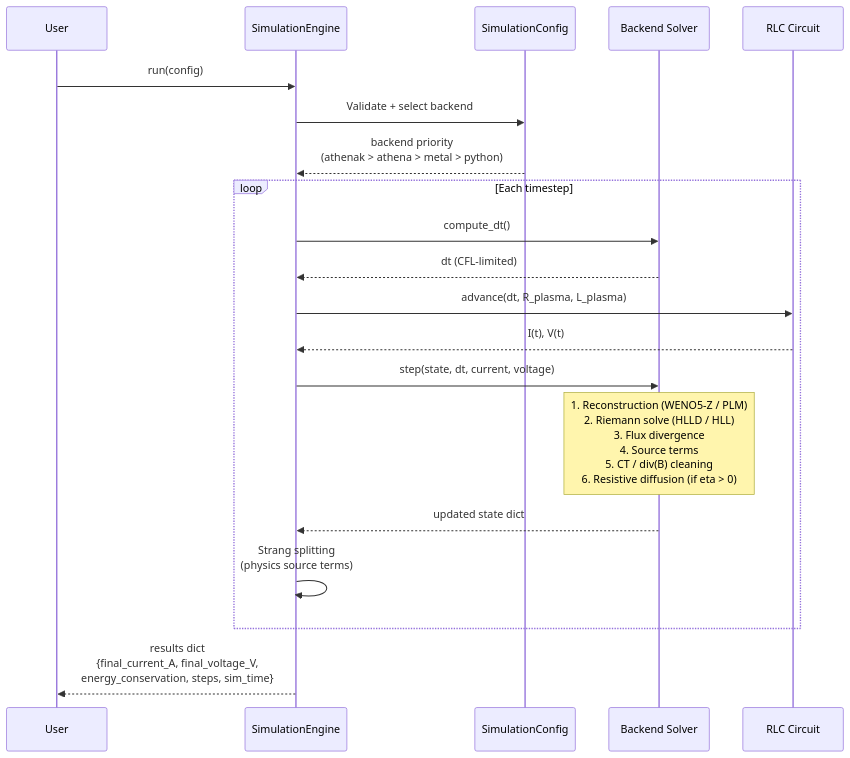
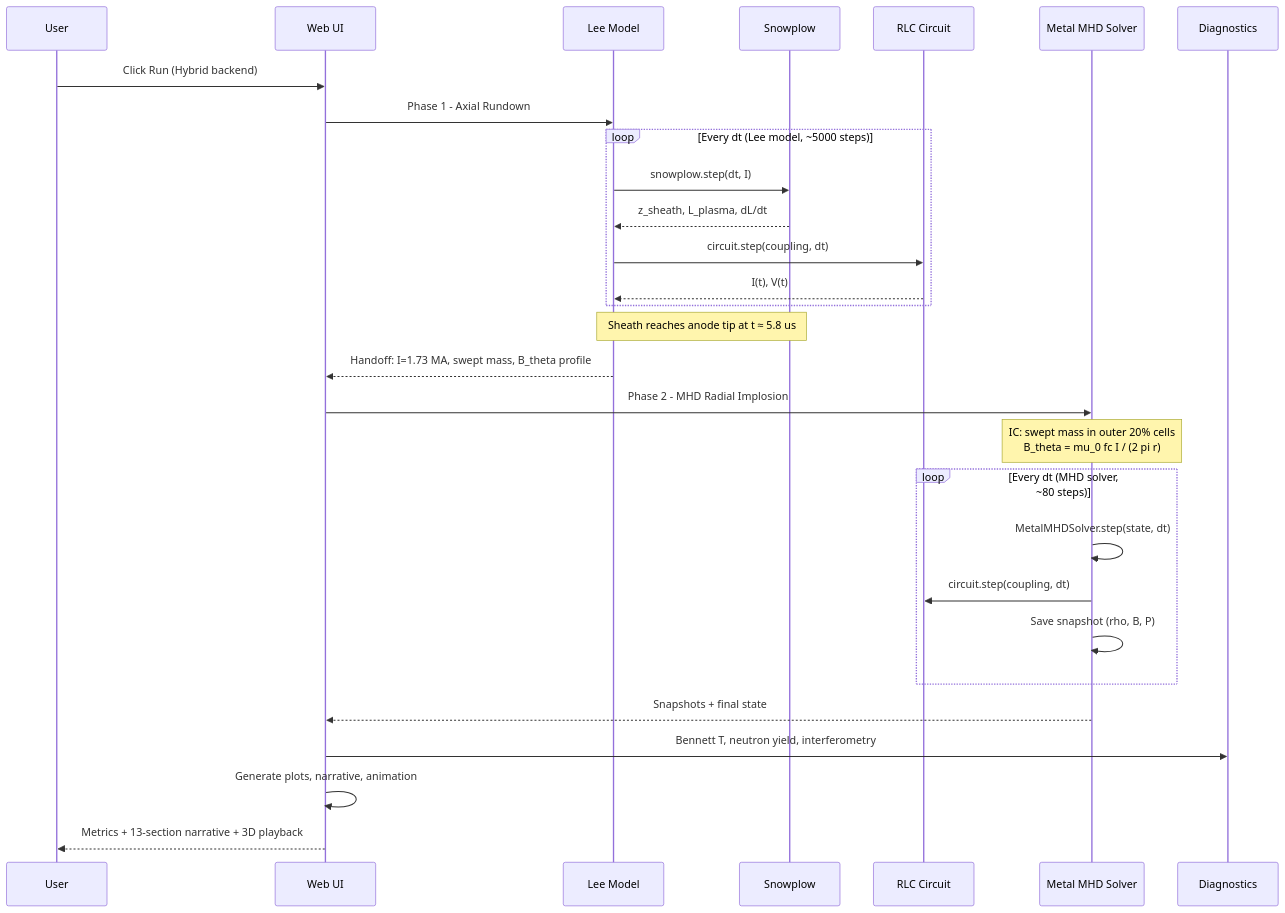
One commit to longanisainhertaco/DPF_Unified changed the second of 3 diagrams in docs/ARCHITECTURE.md. Above: the diagram before and after it, drawn with Mermaid. The commit also changed other lines of this file and 15 other files, not shown here.

First line of the commit message:
fix: close all 8 PhD panel issues — bidirectional MHD-circuit coupling, radiation, Hall MHD

````diff
--- a/docs/ARCHITECTURE.md
+++ b/docs/ARCHITECTURE.md
@@ -298,27 +104,39 @@
 ```mermaid
 sequenceDiagram
     participant User
-    participant Engine as SimulationEngine
-    participant Config as SimulationConfig
-    participant Backend as Backend Solver
+    participant UI as Web UI
+    participant Lee as Lee Model
+    participant Snow as Snowplow
     participant Circuit as RLC Circuit
+    participant MHD as Metal MHD Solver
+    participant Diag as Diagnostics
 
-    User->>Engine: run(config)
-    Engine->>Config: Validate + select backend
-    Config-->>Engine: backend priority<br/>(athenak > athena > metal > python)
+    User->>UI: Click Run (Hybrid backend)
+    UI->>Lee: Phase 1 - Axial Rundown
 
-    loop Each timestep
-        Engine->>Backend: compute_dt()
-        Backend-->>Engine: dt (CFL-limited)
-        Engine->>Circuit: advance(dt, R_plasma, L_plasma)
-        Circuit-->>Engine: I(t), V(t)
-        Engine->>Backend: step(state, dt, current, voltage)
-
-        Note over Backend: 1. Reconstruction (WENO5-Z / PLM)<br/>2. Riemann solve (HLLD / HLL)<br/>3. Flux divergence<br/>4. Source terms<br/>5. CT / div(B) cleaning<br/>6. Resistive diffusion (if eta > 0)
-
-        Backend-->>Engine: updated state dict
-        Engine->>Engine: Strang splitting<br/>(physics source terms)
+    loop Every dt (Lee model, ~5000 steps)
+        Lee->>Snow: snowplow.step(dt, I)
+        Snow-->>Lee: z_sheath, L_plasma, dL/dt
+        Lee->>Circuit: circuit.step(coupling, dt)
+        Circuit-->>Lee: I(t), V(t)
     end
 
-    Engine-->>User: results dict<br/>{final_current_A, final_voltage_V,<br/>energy_conservation, steps, sim_time}
+    Note over Lee,Snow: Sheath reaches anode tip at t ≈ 5.8 us
+
+    Lee-->>UI: Handoff: I=1.73 MA, swept mass, B_theta profile
+
+    UI->>MHD: Phase 2 - MHD Radial Implosion
+    Note over MHD: IC: swept mass in outer 20% cells<br/>B_theta = mu_0 fc I / (2 pi r)
+
+    loop Every dt (MHD solver, ~80 steps)
+        MHD->>MHD: MetalMHDSolver.step(state, dt)
+        MHD->>Circuit: circuit.step(coupling, dt)
+        MHD->>MHD: Save snapshot (rho, B, P)
+    end
+
+    MHD-->>UI: Snapshots + final state
+
+    UI->>Diag: Bennett T, neutron yield, interferometry
+    UI->>UI: Generate plots, narrative, animation
+    UI-->>User: Metrics + 13-section narrative + 3D playback
 ```
````
